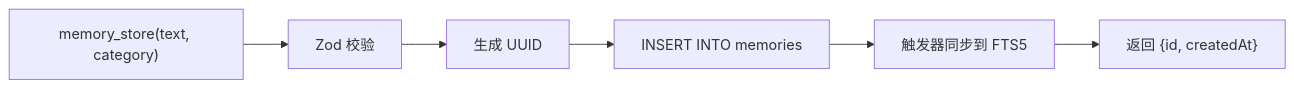
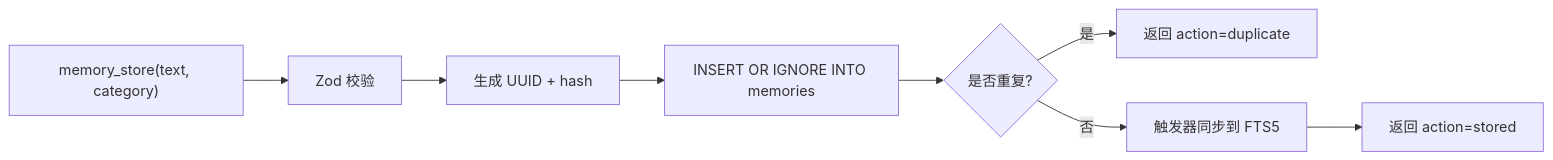
One commit to lchaoer/claudecode-oepnclaw-mem changed the third of 8 diagrams in ARCHITECTURE.md. Above: the diagram before and after it, drawn with Mermaid. The commit also changed other lines of this file and 3 other files, not shown here.

````diff
--- a/ARCHITECTURE.md
+++ b/ARCHITECTURE.md
@@ -130,8 +134,10 @@
 ```mermaid
 flowchart LR
     A["memory_store(text, category)"] --> B["Zod 校验"]
-    B --> C["生成 UUID"]
-    C --> D["INSERT INTO memories"]
-    D --> E["触发器同步到 FTS5"]
-    E --> F["返回 {id, createdAt}"]
+    B --> C["生成 UUID + hash"]
+    C --> D["INSERT OR IGNORE INTO memories"]
+    D --> E{是否重复?}
+    E -->|是| F["返回 action=duplicate"]
+    E -->|否| G["触发器同步到 FTS5"]
+    G --> H["返回 action=stored"]
 ```
````
